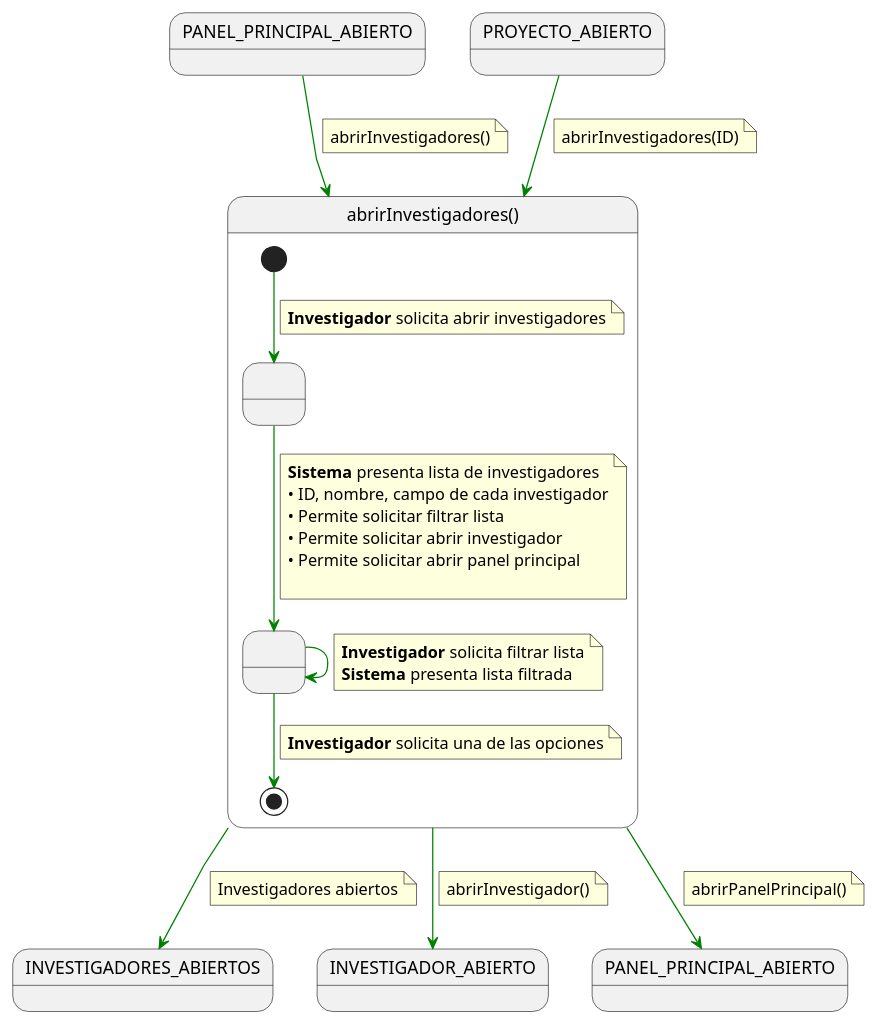
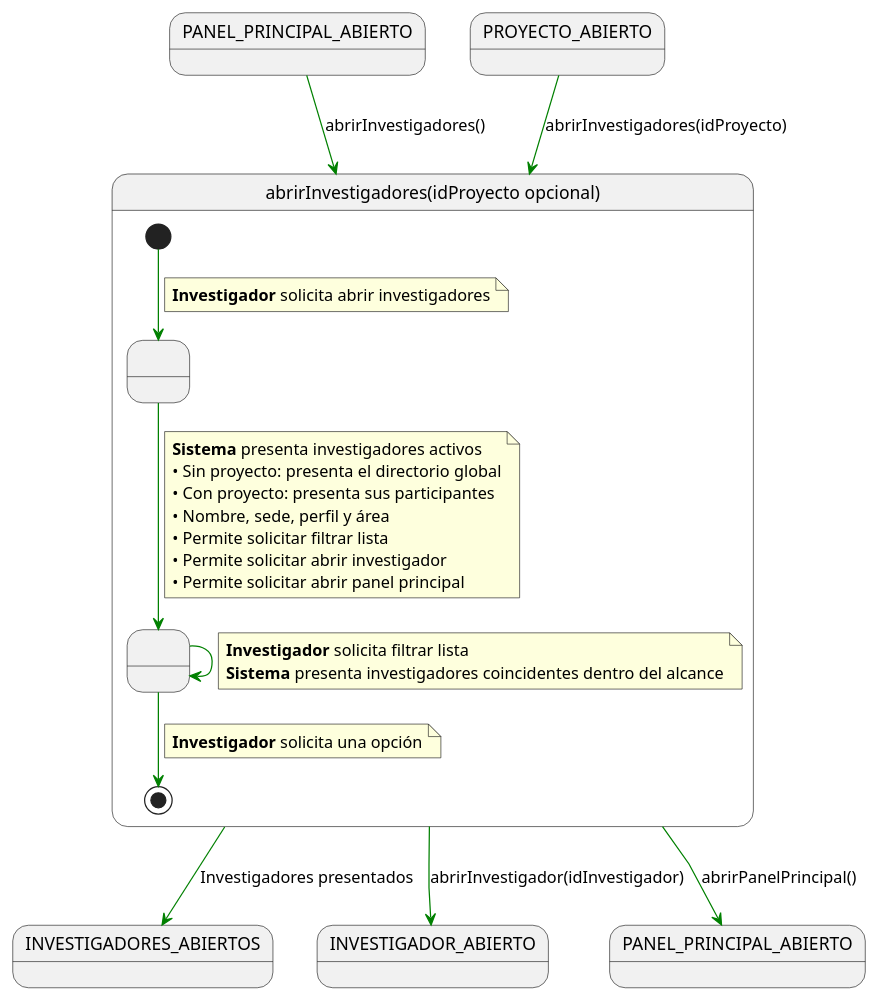
Before and after one commit to beatriizorozco/25-26-idsw2-sdVC: the diagram in RUP/00-casos-uso/02-detalle/investigador/abrirInvestigadores/especificacion.puml, drawn with PlantUML. The commit also changed 41 other files, not shown here.

```diff
--- a/RUP/00-casos-uso/02-detalle/investigador/abrirInvestigadores/especificacion.puml
+++ b/RUP/00-casos-uso/02-detalle/investigador/abrirInvestigadores/especificacion.puml
@@ -1,68 +1,45 @@
 @startuml abrirInvestigadores
-
 skinparam linetype polyline
 
-state in1 as "PANEL_PRINCIPAL_ABIERTO"
-in1 -[#green]-> abrirInvestigadores
-note on link
-abrirInvestigadores()
-end note
+state "PANEL_PRINCIPAL_ABIERTO" as Panel
+state "PROYECTO_ABIERTO" as Proyecto
 
-state in2 as "PROYECTO_ABIERTO"
-in2 -[#green]-> abrirInvestigadores
-note on link
-abrirInvestigadores(ID)
-end note
+Panel -[#green]-> abrirInvestigadores: abrirInvestigadores()
+Proyecto -[#green]-> abrirInvestigadores: abrirInvestigadores(idProyecto)
 
-state abrirInvestigadores as "abrirInvestigadores()" {
+state abrirInvestigadores as "abrirInvestigadores(idProyecto opcional)" {
+    state " " as MostrandoInvestigadores
+    state " " as FiltrandoInvestigadores
 
-    state " " as MostrandoLista
-    state " " as FiltrandoLista
-
-    [*] -[#green]-> MostrandoLista 
+    [*] -[#green]-> MostrandoInvestigadores
     note on link
     <b>Investigador</b> solicita abrir investigadores
-    end note    
-    
-    MostrandoLista -[#green]-> FiltrandoLista
+    end note
+
+    MostrandoInvestigadores -[#green]-> FiltrandoInvestigadores
     note on link
-    <b>Sistema</b> presenta lista de investigadores
-    • ID, nombre, campo de cada investigador
+    <b>Sistema</b> presenta investigadores activos
+    • Sin proyecto: presenta el directorio global
+    • Con proyecto: presenta sus participantes
+    • Nombre, sede, perfil y área
     • Permite solicitar filtrar lista
     • Permite solicitar abrir investigador
     • Permite solicitar abrir panel principal
-    
     end note
-    
-    FiltrandoLista -[#green]-> FiltrandoLista
+
+    FiltrandoInvestigadores -[#green]-> FiltrandoInvestigadores
     note on link
     <b>Investigador</b> solicita filtrar lista
-    <b>Sistema</b> presenta lista filtrada
+    <b>Sistema</b> presenta investigadores coincidentes dentro del alcance
     end note
-    
-    FiltrandoLista -[#green]-> [*]
+
+    FiltrandoInvestigadores -[#green]-> [*]
     note on link
-    <b>Investigador</b> solicita una de las opciones
+    <b>Investigador</b> solicita una opción
     end note
 }
 
-
-
-abrirInvestigadores -[#green]-> INVESTIGADORES_ABIERTOS
-note on link
-Investigadores abiertos
-end note
-
-abrirInvestigadores -[#green]-> INVESTIGADOR_ABIERTO
-note on link
-abrirInvestigador()
-end note
-
-
-
-abrirInvestigadores -[#green]-> PANEL_PRINCIPAL_ABIERTO
-note on link
-abrirPanelPrincipal()
-end note
-
+abrirInvestigadores -[#green]-> INVESTIGADORES_ABIERTOS: Investigadores presentados
+abrirInvestigadores -[#green]-> INVESTIGADOR_ABIERTO: abrirInvestigador(idInvestigador)
+abrirInvestigadores -[#green]-> PANEL_PRINCIPAL_ABIERTO: abrirPanelPrincipal()
 @enduml
```
